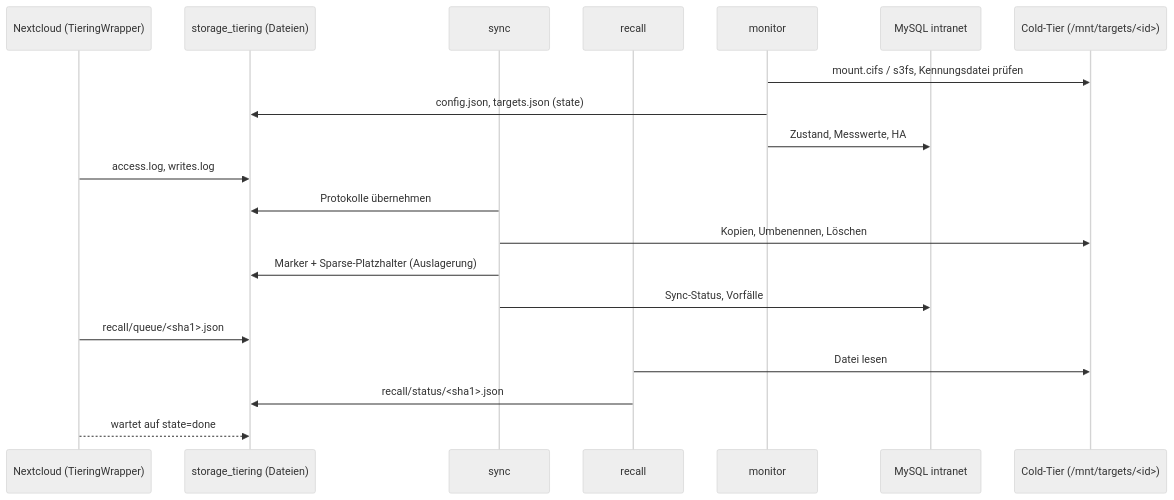
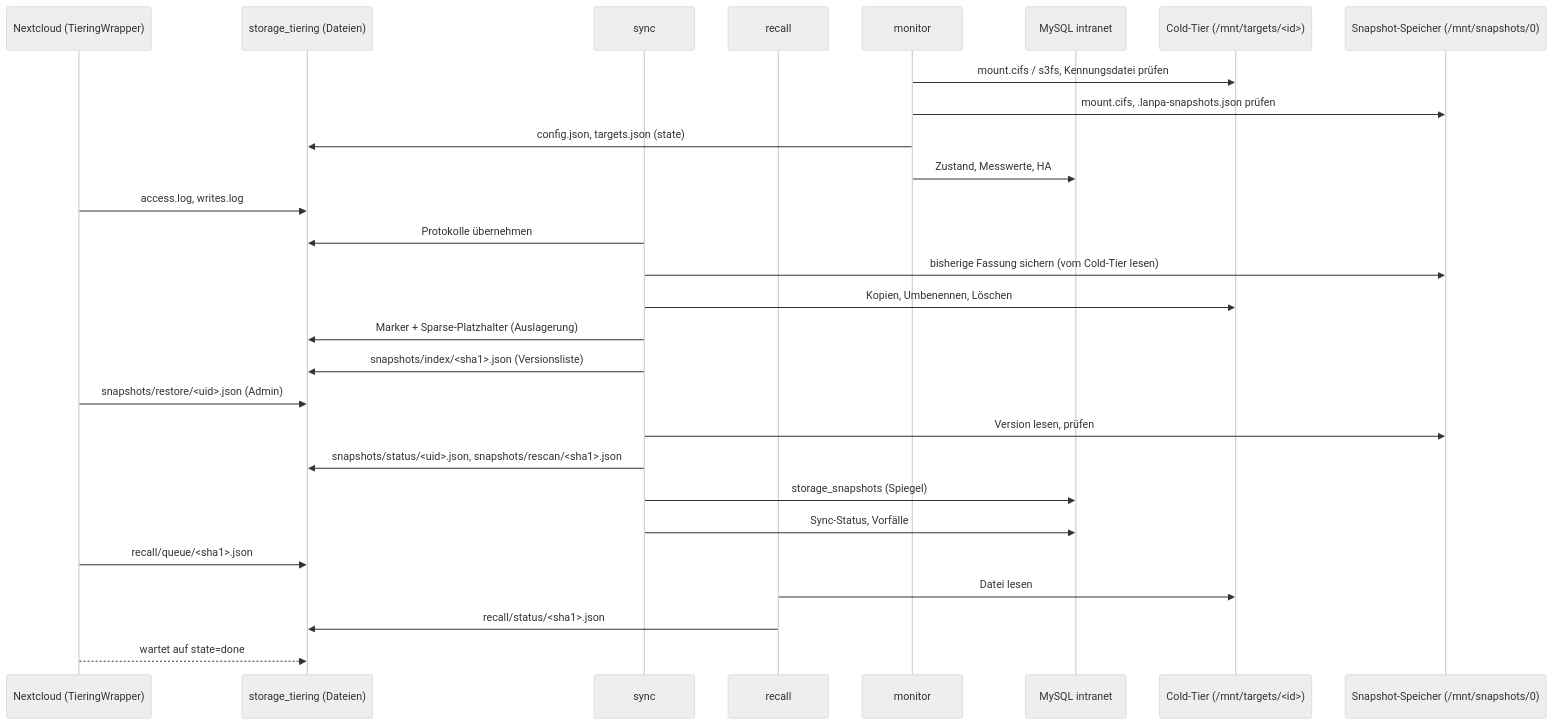
One commit to dareinelt/lanpa changed the first of 3 diagrams in docs/storage-referenz.md. Above: the diagram before and after it, drawn with Mermaid (neutral theme). The commit also changed other lines of this file and 5 other files, not shown here.

First line of the commit message:
Snapshot-Speicher: Dokumentation, Beispielarchitektur und Dashboard-Hinweis

````diff
--- a/docs/storage-referenz.md
+++ b/docs/storage-referenz.md
@@ -176,22 +195,30 @@
 ```mermaid
 sequenceDiagram
   participant NC as Nextcloud (TieringWrapper)
   participant TS as storage_tiering (Dateien)
   participant SY as sync
   participant RC as recall
   participant MO as monitor
   participant DB as MySQL intranet
   participant CT as Cold-Tier (/mnt/targets/<id>)
+  participant SN as Snapshot-Speicher (/mnt/snapshots/0)
   MO->>CT: mount.cifs / s3fs, Kennungsdatei prüfen
+  MO->>SN: mount.cifs, .lanpa-snapshots.json prüfen
   MO->>TS: config.json, targets.json (state)
   MO->>DB: Zustand, Messwerte, HA
   NC->>TS: access.log, writes.log
   SY->>TS: Protokolle übernehmen
+  SY->>SN: bisherige Fassung sichern (vom Cold-Tier lesen)
   SY->>CT: Kopien, Umbenennen, Löschen
   SY->>TS: Marker + Sparse-Platzhalter (Auslagerung)
+  SY->>TS: snapshots/index/<sha1>.json (Versionsliste)
+  NC->>TS: snapshots/restore/<uid>.json (Admin)
+  SY->>SN: Version lesen, prüfen
+  SY->>TS: snapshots/status/<uid>.json, snapshots/rescan/<sha1>.json
+  SY->>DB: storage_snapshots (Spiegel)
   SY->>DB: Sync-Status, Vorfälle
   NC->>TS: recall/queue/<sha1>.json
   RC->>CT: Datei lesen
   RC->>TS: recall/status/<sha1>.json
   NC-->>TS: wartet auf state=done
 ```
````
